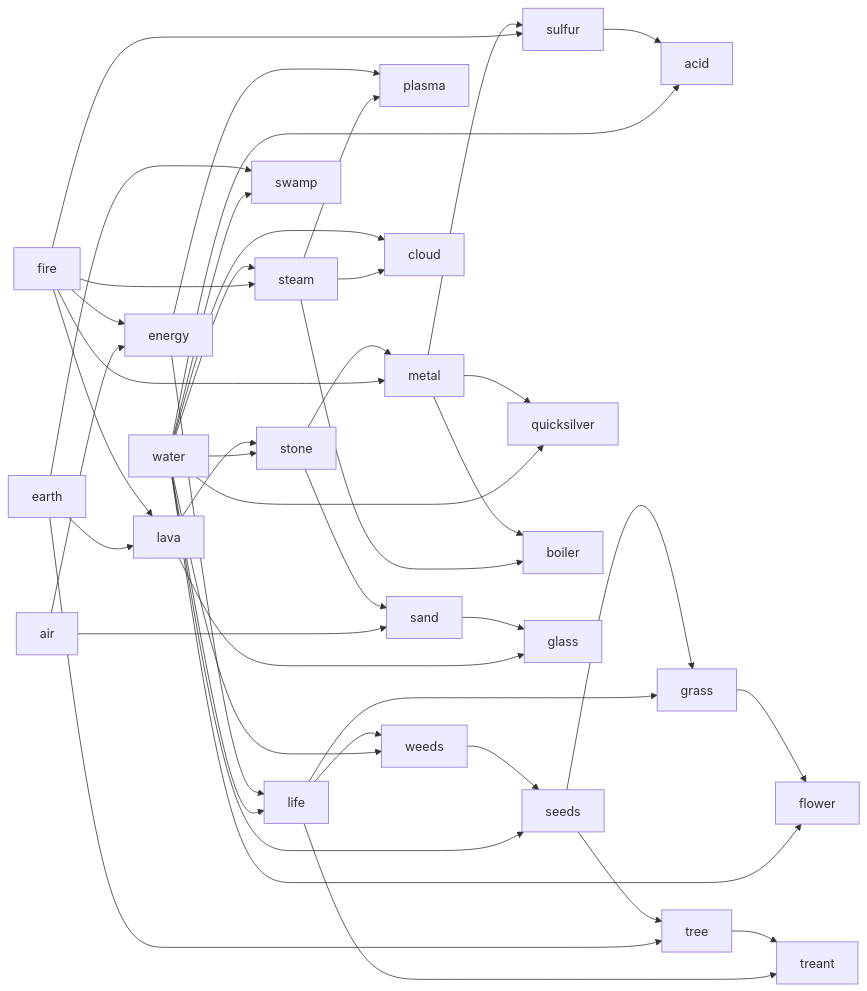
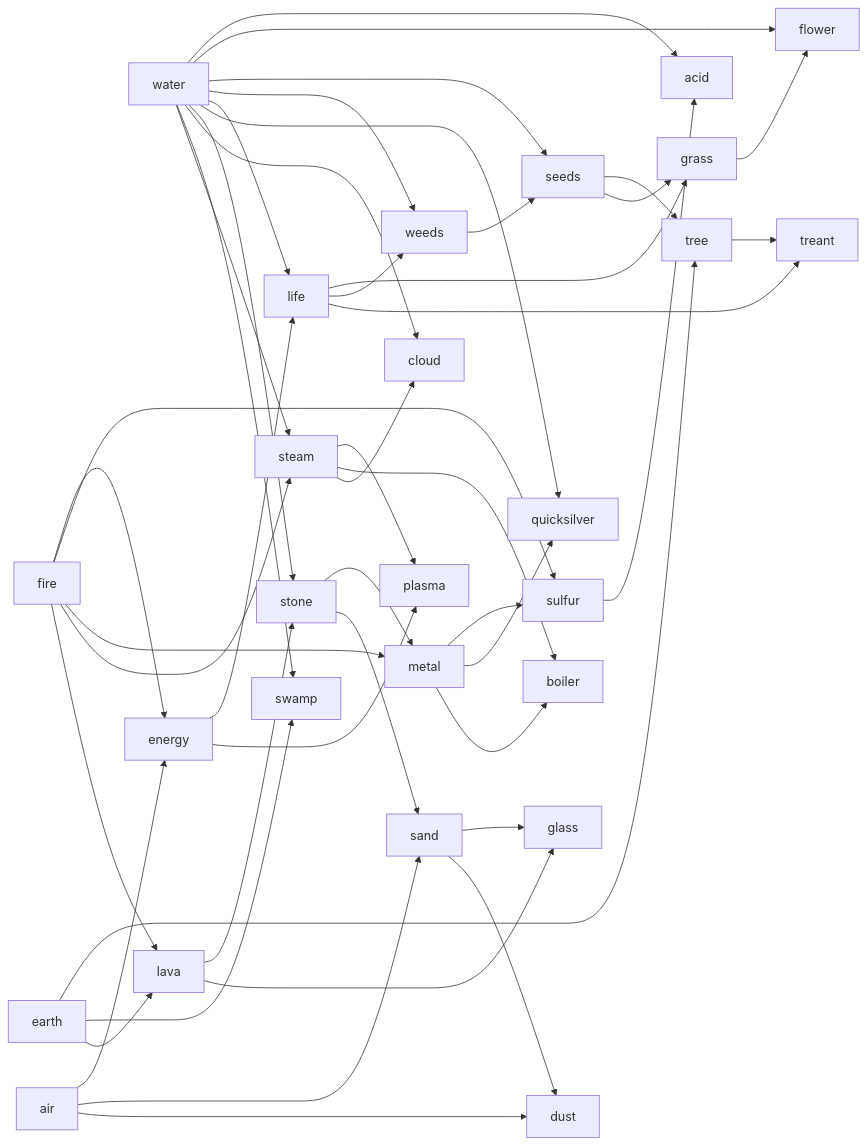
Before and after one commit to res0nat0r/doodle-god: the diagram in README.md, drawn with Mermaid.

````diff
--- a/README.md
+++ b/README.md
@@ -4,66 +4,69 @@
 ```mermaid
 graph LR
 
 sulfur -->  acid
 water --> acid
 
 seeds --> tree
 earth --> tree
 
 grass --> flower
 water --> flower
 
 seeds --> grass
 life --> grass
 
 weeds --> seeds
 water --> seeds
 
 life --> weeds
 water --> weeds
 
 energy --> life
 water --> life
 
 energy --> plasma
 steam --> plasma
 
 fire --> energy
 air --> energy
 
 metal --> sulfur
 fire --> sulfur
 
 metal --> quicksilver
 water --> quicksilver
 
 metal --> boiler
 steam --> boiler
 
 stone --> metal
 fire --> metal
 
 lava --> stone
 water --> stone
 
 water --> cloud
 steam --> cloud
 
 earth --> swamp
 water --> swamp
 
 water --> steam
 fire --> steam
 
 fire --> lava
 earth --> lava
 
 tree --> treant
 life --> treant
 
 stone --> sand
 air --> sand
 
 sand --> glass
 lava --> glass
+
+sand --> dust
+air --> dust
 ```
````
